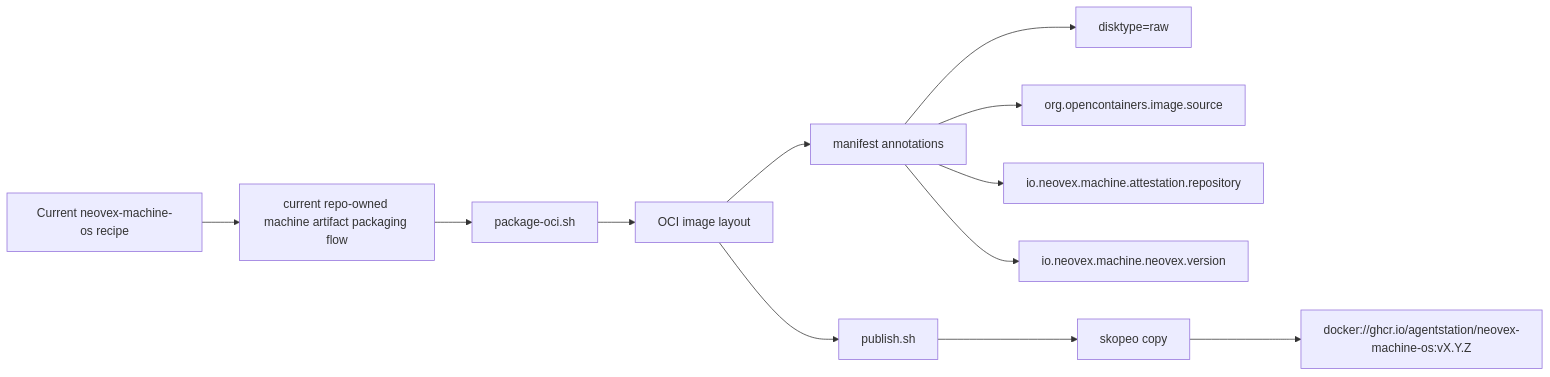
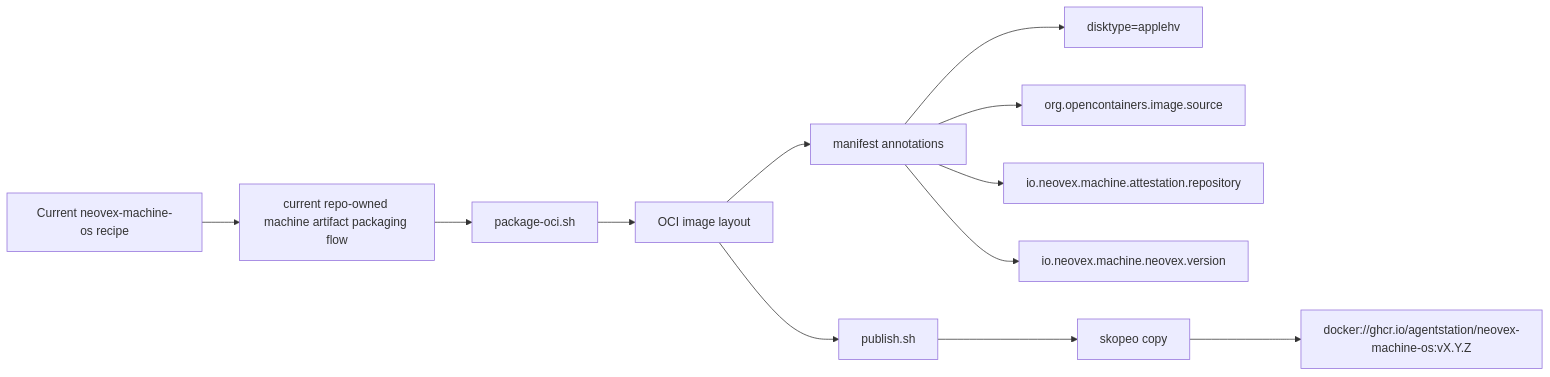
One commit to nimbus/nimbus changed the second of 6 diagrams in docs/reference/macos-machine-flow.md. Above: the diagram before and after it, drawn with Mermaid. The commit also changed other lines of this file and 24 other files, not shown here.

````diff
--- a/docs/reference/macos-machine-flow.md
+++ b/docs/reference/macos-machine-flow.md
@@ -104,14 +104,14 @@
 ```mermaid
 flowchart LR
     A["Current neovex-machine-os recipe"] --> B["current repo-owned machine artifact packaging flow"]
     B --> C["package-oci.sh"]
     C --> D["OCI image layout"]
     D --> E["manifest annotations"]
-    E --> I["disktype=raw"]
+    E --> I["disktype=applehv"]
     E --> J["org.opencontainers.image.source"]
     E --> K["io.neovex.machine.attestation.repository"]
     E --> L["io.neovex.machine.neovex.version"]
     D --> M["publish.sh"]
     M --> N["skopeo copy"]
     N --> O["docker://ghcr.io/agentstation/neovex-machine-os:vX.Y.Z"]
 ```
````
